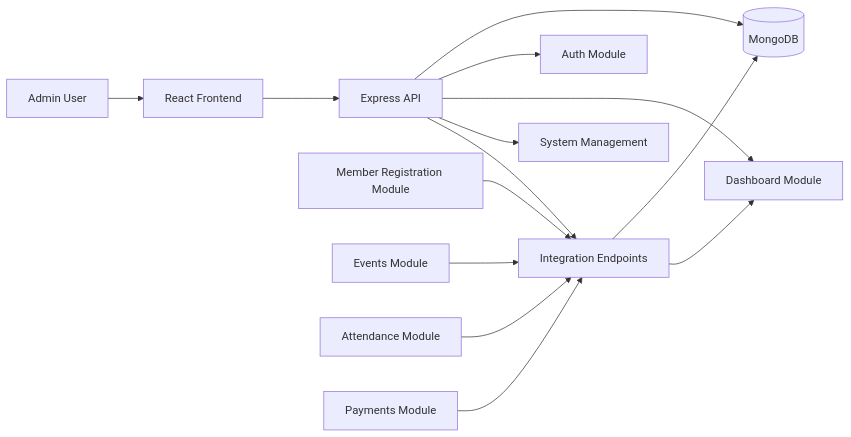
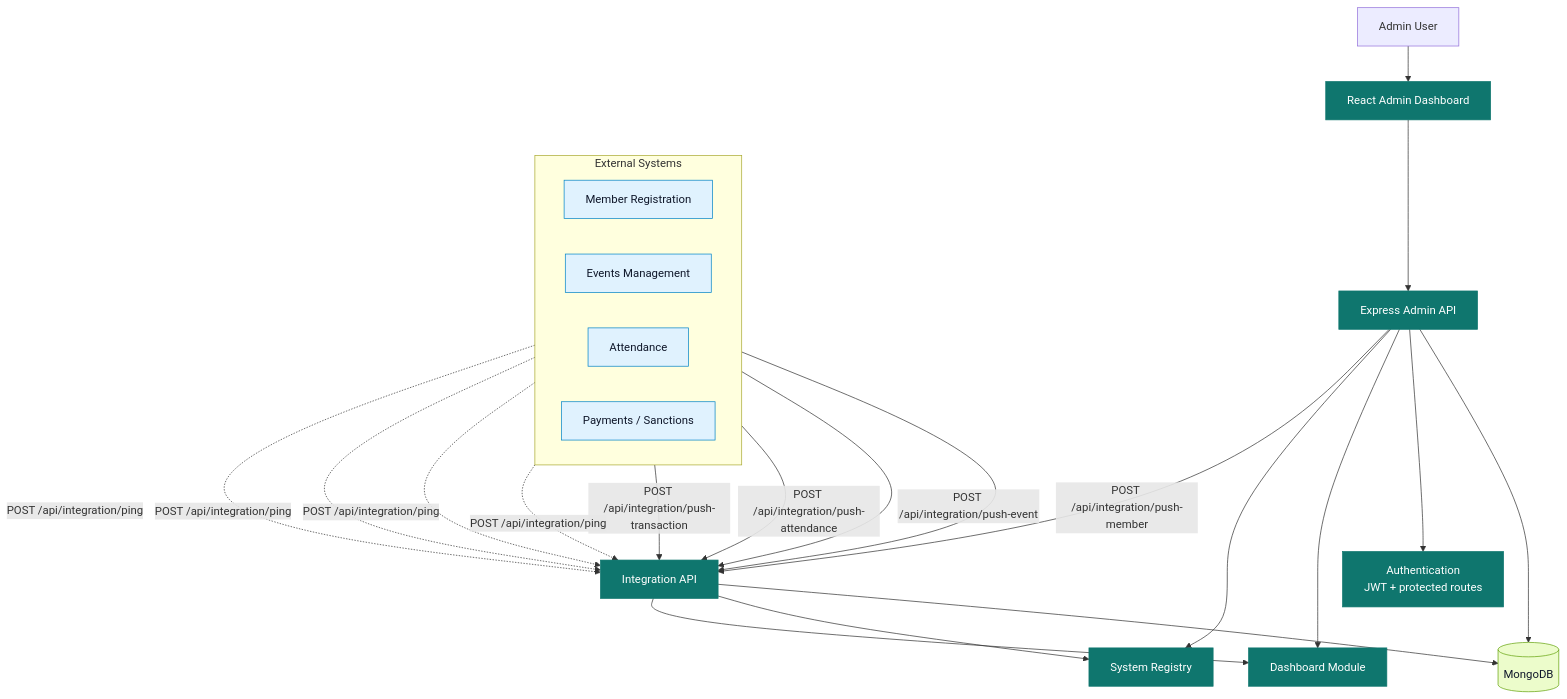
One commit to cesar123easdwd/School-Organization-Management-Ecosystem changed the first of 2 diagrams in admin-dashboard/docs/architecture.md. Above: the diagram before and after it, drawn with Mermaid. The commit also changed other lines of this file and 4 other files, not shown here.

Commit message:
feat: implement member management API, status update functionality, and architecture documentation

````diff
--- a/admin-dashboard/docs/architecture.md
+++ b/admin-dashboard/docs/architecture.md
@@ -9,18 +9,41 @@
 ```mermaid
-flowchart LR
-    A[Admin User] --> B[React Frontend]
-    B --> C[Express API]
+flowchart TB
+    A[Admin User] --> B[React Admin Dashboard]
+    B --> C[Express Admin API]
     C --> D[(MongoDB)]
-    C --> E[Auth Module]
+
+    C --> E[Authentication\nJWT + protected routes]
     C --> F[Dashboard Module]
-    C --> G[System Management]
-    C --> H[Integration Endpoints]
+    C --> G[System Registry]
+    C --> H[Integration API]
 
-    I[Member Registration Module] --> H
-    J[Events Module] --> H
-    K[Attendance Module] --> H
-    L[Payments Module] --> H
+    subgraph External Systems
+        direction LR
+        I[Member Registration]
+        J[Events Management]
+        K[Attendance]
+        L[Payments / Sanctions]
+    end
+
+    I -->|POST /api/integration/push-member| H
+    J -->|POST /api/integration/push-event| H
+    K -->|POST /api/integration/push-attendance| H
+    L -->|POST /api/integration/push-transaction| H
+
+    I -.->|POST /api/integration/ping| H
+    J -.->|POST /api/integration/ping| H
+    K -.->|POST /api/integration/ping| H
+    L -.->|POST /api/integration/ping| H
 
     H --> D
+    H --> G
     H --> F
+
+    classDef core fill:#0f766e,stroke:#0f766e,color:#ffffff;
+    classDef external fill:#e0f2fe,stroke:#0284c7,color:#0f172a;
+    classDef data fill:#ecfccb,stroke:#65a30d,color:#0f172a;
+
+    class B,C,E,F,G,H core;
+    class I,J,K,L external;
+    class D data;
 ```
````
